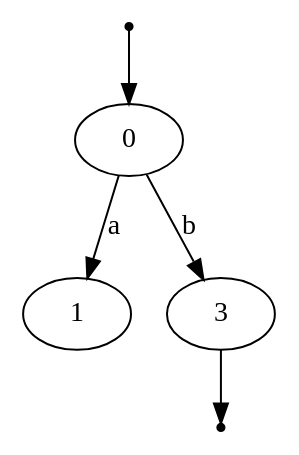
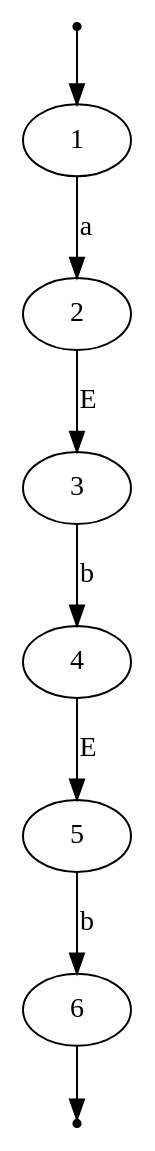
One commit to omarelhorre/automate changed the diagram in src/automate1.dot. Above: the diagram before and after it, drawn with Graphviz. The commit also changed 6 other files, not shown here.

```diff
--- a/src/automate1.dot
+++ b/src/automate1.dot
@@ -1,8 +1,11 @@
 digraph G {
-    init [shape=point];
-    fin [shape=point];
-    init -> 0;
-    0 -> 1 [label="a"];
-    0 -> 3 [label="b"];
-    3 -> fin;
+init [shape=point];
+fin [shape=point];
+init -> 1;
+1 -> 2 [label="a"];
+3 -> 4 [label="b"];
+2 -> 3 [label="E"];
+5 -> 6 [label="b"];
+4 -> 5 [label="E"];
+6 -> fin;
 }
```
